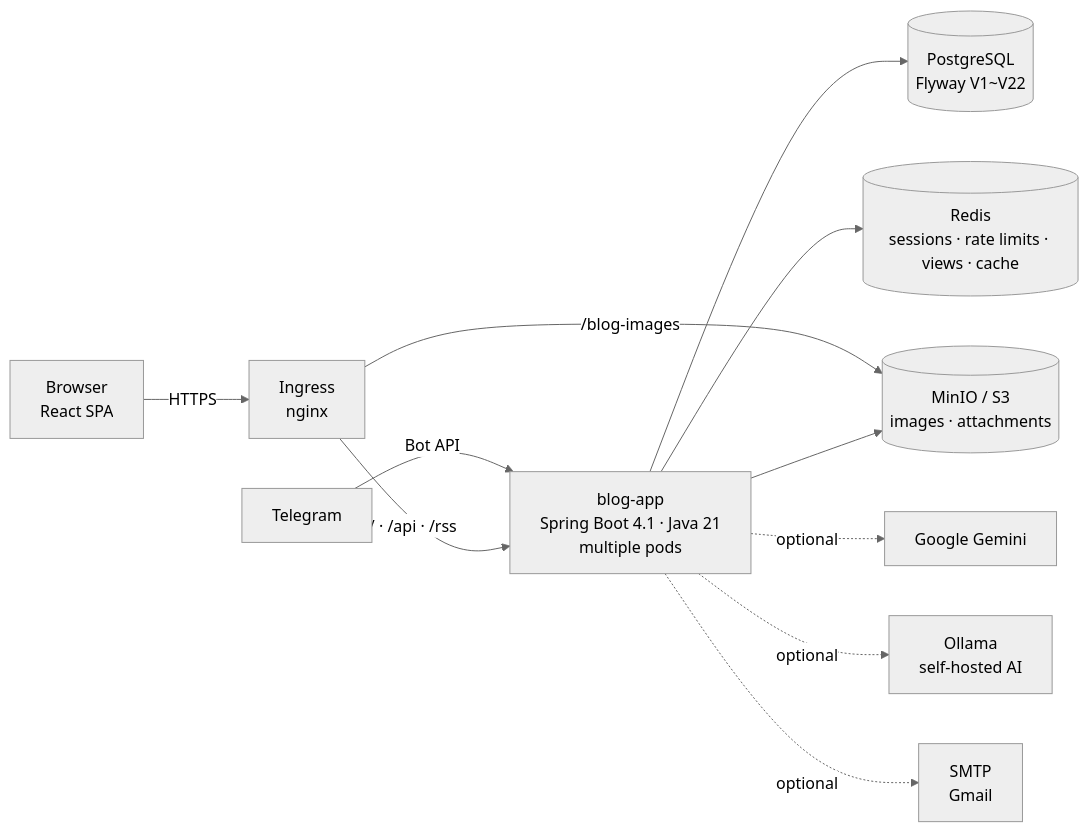
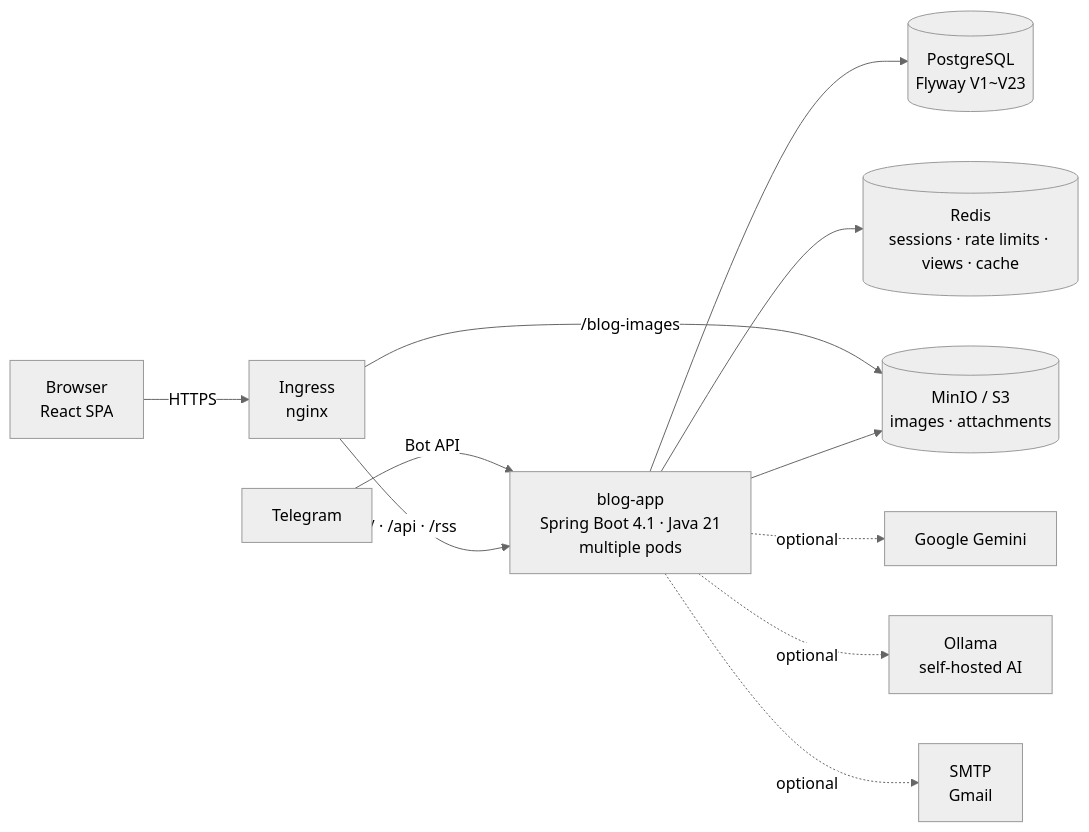
The first of 3 diagrams in README.en.md (AIGJ-01-002-blog/Devlog), drawn with Mermaid (neutral theme) before and after one commit. The commit also changed other lines of this file and 46 other files, not shown here.

First line of the commit message:
AI 글 제안 알림·일기 시각·일기 자동 발행, Mermaid 다이어그램, 주제별 나눠 쓰기 (spec 071, v1.45.0)

````diff
--- a/README.en.md
+++ b/README.en.md
@@ -151,13 +151,13 @@
 ```mermaid
 flowchart LR
     B[Browser<br/>React SPA] -->|HTTPS| I[Ingress<br/>nginx]
     T[Telegram] -->|Bot API| A
     I -->|/ · /api · /rss| A[blog-app<br/>Spring Boot 4.1 · Java 21<br/>multiple pods]
     I -->|/blog-images| M[(MinIO / S3<br/>images · attachments)]
-    A --> P[(PostgreSQL<br/>Flyway V1~V22)]
+    A --> P[(PostgreSQL<br/>Flyway V1~V23)]
     A --> R[(Redis<br/>sessions · rate limits · views · cache)]
     A --> M
     A -.optional.-> G[Google Gemini]
     A -.optional.-> O[Ollama<br/>self-hosted AI]
     A -.optional.-> S[SMTP<br/>Gmail]
 ```
````
